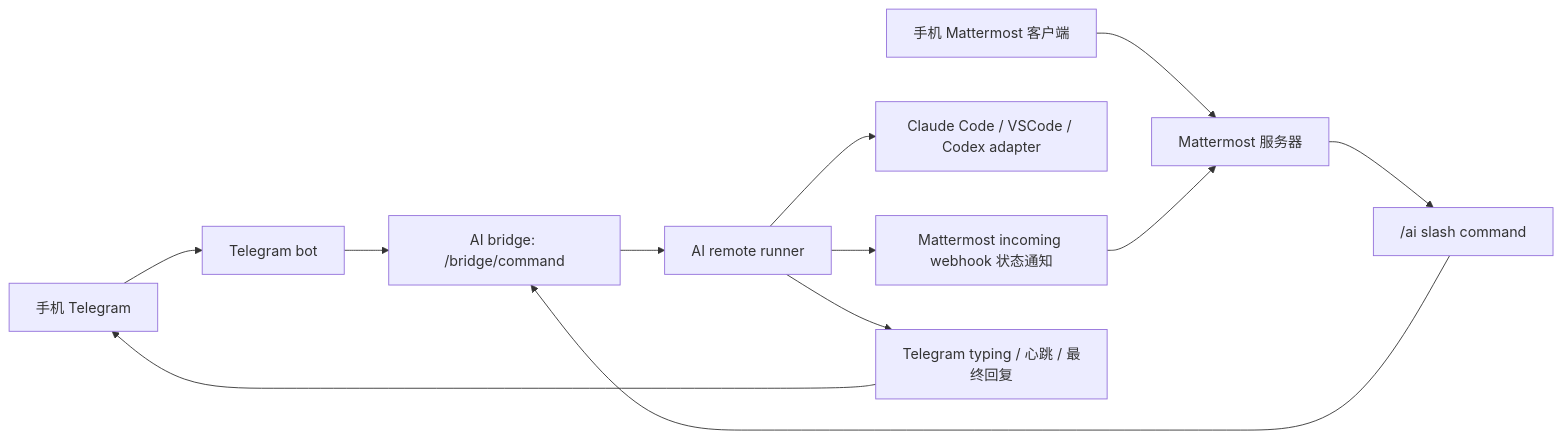
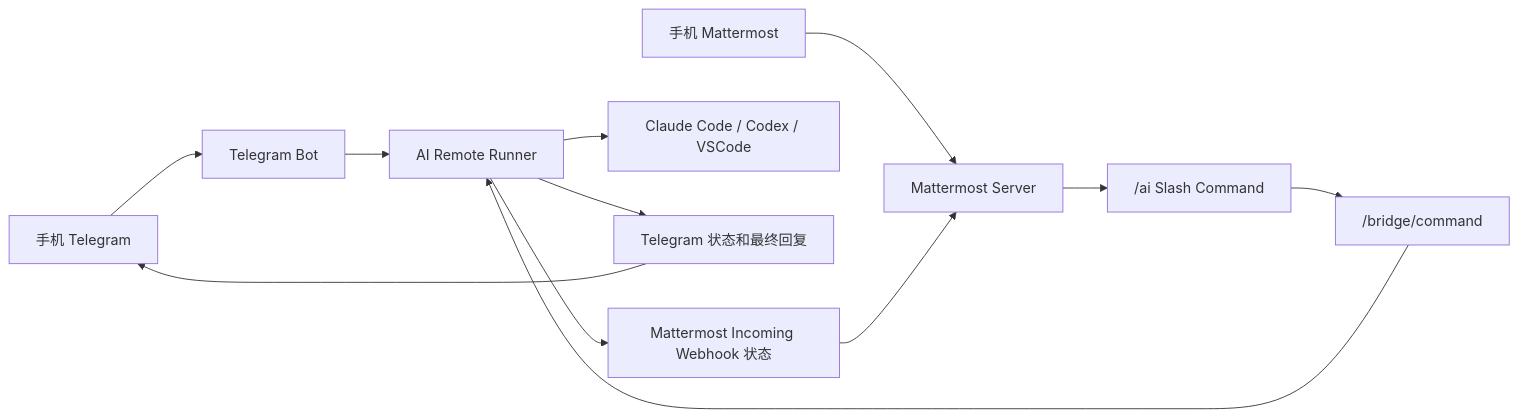
One commit to vpn3288/FFC-AI changed the diagram in README.md. Above: the diagram before and after it, drawn with Mermaid. The commit also changed other lines of this file, not shown here.

````diff
--- a/README.md
+++ b/README.md
@@ -9,14 +62,14 @@
 ```mermaid
 flowchart LR
-  phone_tg["手机 Telegram"] --> tg["Telegram bot"]
-  phone_mm["手机 Mattermost 客户端"] --> mm["Mattermost 服务器"]
-  tg --> bridge["AI bridge: /bridge/command"]
-  mm --> slash["/ai slash command"]
-  slash --> bridge
-  bridge --> runner["AI remote runner"]
-  runner --> provider["Claude Code / VSCode / Codex adapter"]
-  runner --> status["Mattermost incoming webhook 状态通知"]
-  runner --> tg_status["Telegram typing / 心跳 / 最终回复"]
-  status --> mm
+  phone_tg["手机 Telegram"] --> tg_bot["Telegram Bot"]
+  phone_mm["手机 Mattermost"] --> mm["Mattermost Server"]
+  tg_bot --> runner["AI Remote Runner"]
+  mm --> slash["/ai Slash Command"]
+  slash --> bridge["/bridge/command"]
+  bridge --> runner
+  runner --> provider["Claude Code / Codex / VSCode"]
+  runner --> tg_status["Telegram 状态和最终回复"]
+  runner --> mm_status["Mattermost Incoming Webhook 状态"]
   tg_status --> phone_tg
+  mm_status --> mm
 ```
````
